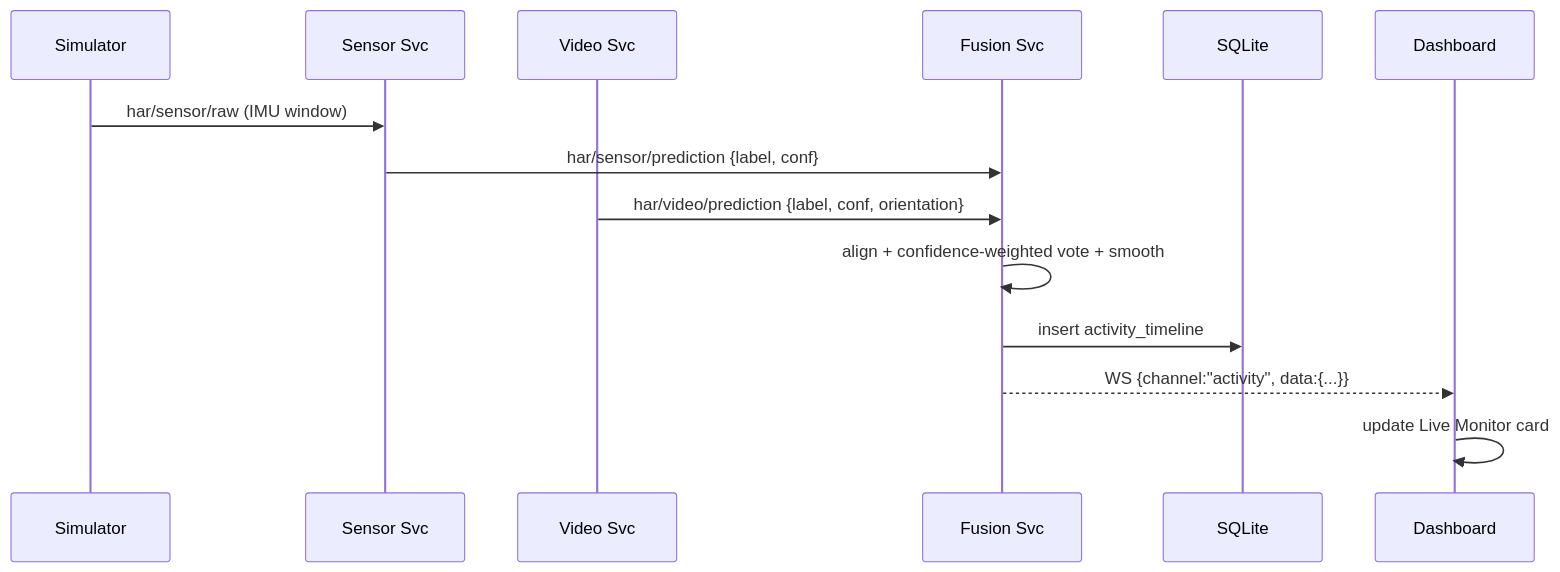
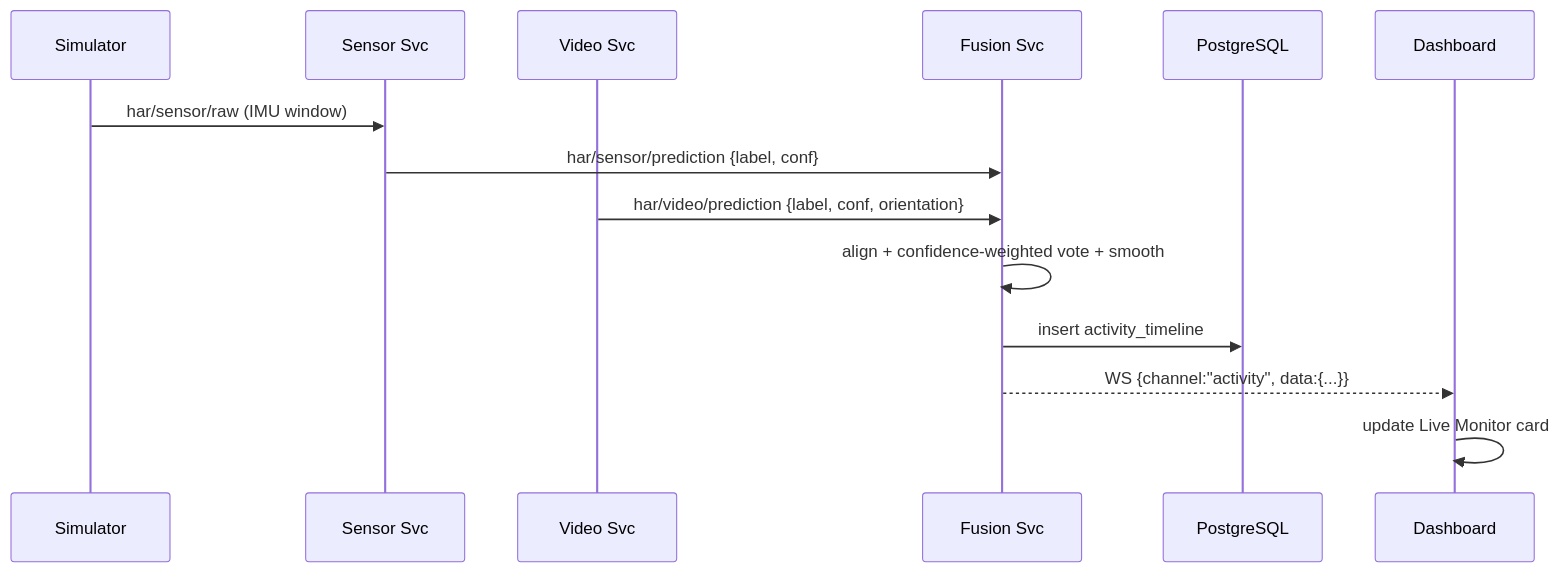
The second of 3 diagrams in core_docs/TECHNICAL_DESIGN.md (ankitraj20616/HAR-System), drawn with Mermaid before and after one commit. The commit also changed other lines of this file and 2 other files, not shown here.

Commit message:
docs: update architecture and model options

````diff
--- a/core_docs/TECHNICAL_DESIGN.md
+++ b/core_docs/TECHNICAL_DESIGN.md
@@ -436,17 +430,17 @@
 ```mermaid
 sequenceDiagram
     participant SIM as Simulator
     participant SEN as Sensor Svc
     participant VID as Video Svc
     participant FUS as Fusion Svc
-    participant DB as SQLite
+    participant DB as PostgreSQL
     participant DASH as Dashboard
 
     SIM->>SEN: har/sensor/raw (IMU window)
     SEN->>FUS: har/sensor/prediction {label, conf}
     VID->>FUS: har/video/prediction {label, conf, orientation}
     FUS->>FUS: align + confidence-weighted vote + smooth
     FUS->>DB: insert activity_timeline
     FUS-->>DASH: WS {channel:"activity", data:{...}}
     DASH->>DASH: update Live Monitor card
 ```
````
